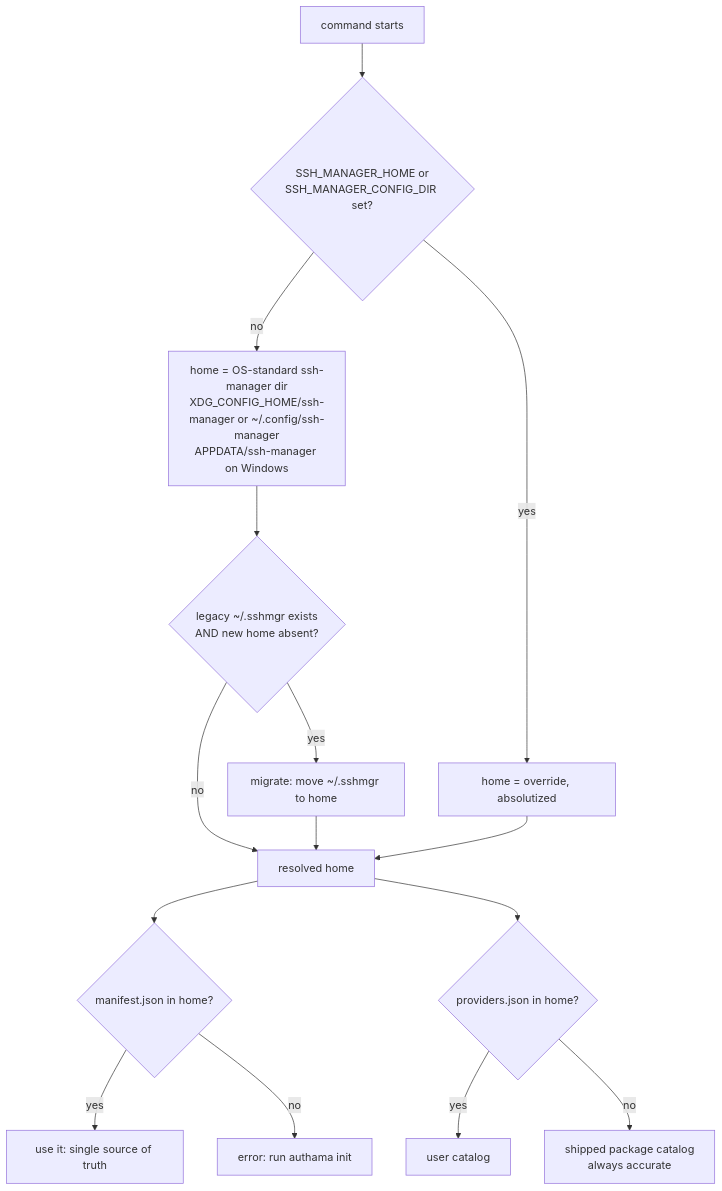
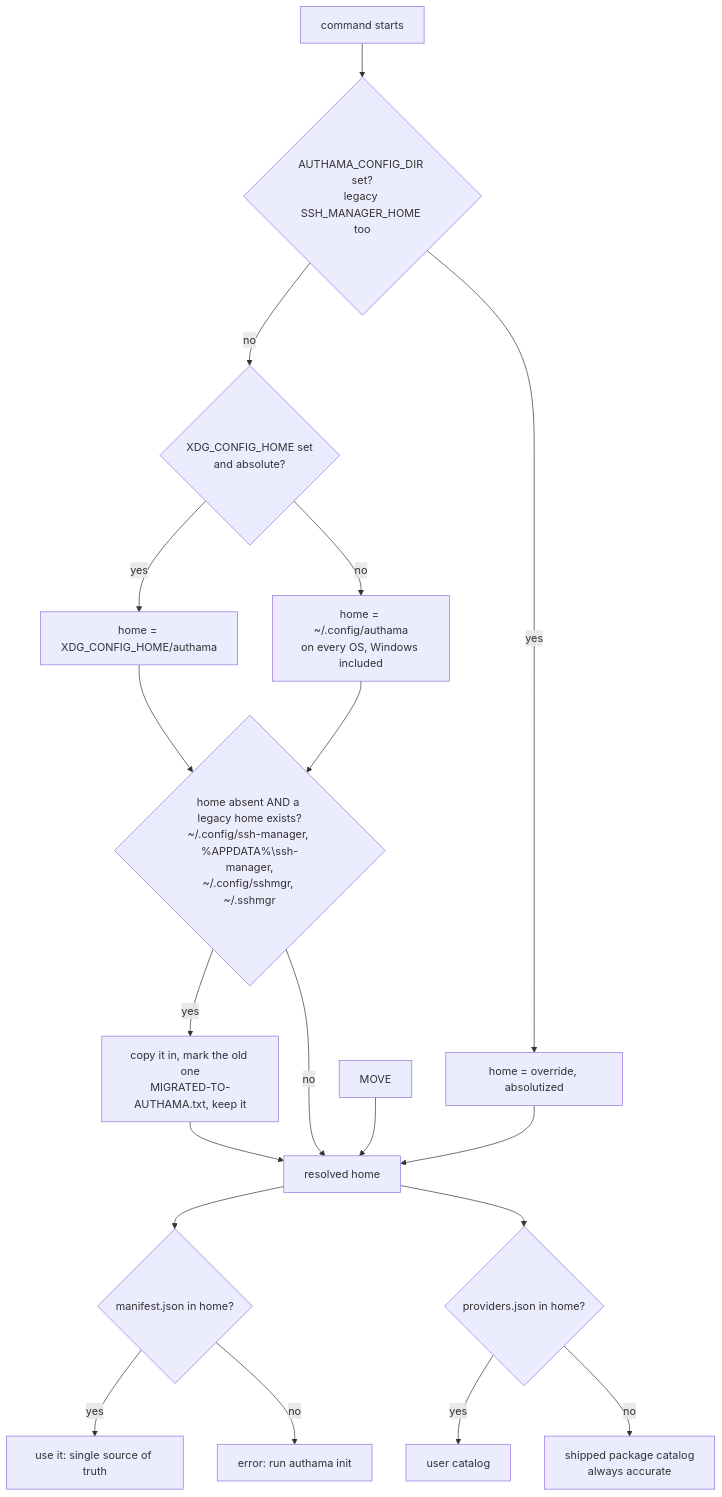
One commit to sangehq/authama changed the second of 6 diagrams in docs/architecture.md. Above: the diagram before and after it, drawn with Mermaid. The commit also changed other lines of this file and 138 other files, not shown here.

````diff
--- a/docs/architecture.md
+++ b/docs/architecture.md
@@ -114,17 +133,21 @@
 ```mermaid
 flowchart TD
-    S[command starts] --> O{SSH_MANAGER_HOME or<br/>SSH_MANAGER_CONFIG_DIR set?}
+    S[command starts] --> O{AUTHAMA_CONFIG_DIR set?<br/>legacy SSH_MANAGER_HOME too}
     O -- yes --> OV[home = override, absolutized]
-    O -- no --> STD[home = OS-standard ssh-manager dir<br/>XDG_CONFIG_HOME/ssh-manager or ~/.config/ssh-manager<br/>APPDATA/ssh-manager on Windows]
-    STD --> MIG{legacy ~/.sshmgr exists<br/>AND new home absent?}
-    MIG -- yes --> MOVE[migrate: move ~/.sshmgr to home]
+    O -- no --> X{XDG_CONFIG_HOME set<br/>and absolute?}
+    X -- yes --> XH[home = XDG_CONFIG_HOME/authama]
+    X -- no --> STD[home = ~/.config/authama<br/>on every OS, Windows included]
+    XH --> MIG
+    STD --> MIG{home absent AND a legacy home exists?<br/>~/.config/ssh-manager, %APPDATA%\ssh-manager,<br/>~/.config/sshmgr, ~/.sshmgr}
+    MIG -- yes --> COPY[copy it in, mark the old one<br/>MIGRATED-TO-AUTHAMA.txt, keep it]
+    COPY --> R
     MIG -- no --> R[resolved home]
     MOVE --> R
     OV --> R
     R --> MANI{manifest.json in home?}
     MANI -- yes --> SRC[use it: single source of truth]
     MANI -- no --> EI[error: run authama init]
     R --> CAT{providers.json in home?}
     CAT -- yes --> UC[user catalog]
     CAT -- no --> SP[shipped package catalog<br/>always accurate]
 ```
````
